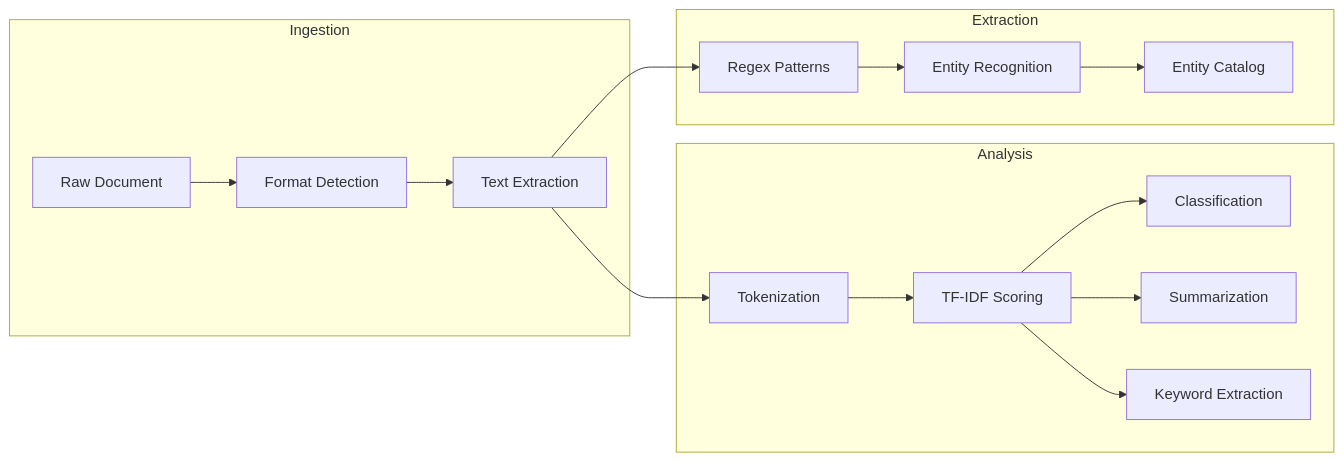
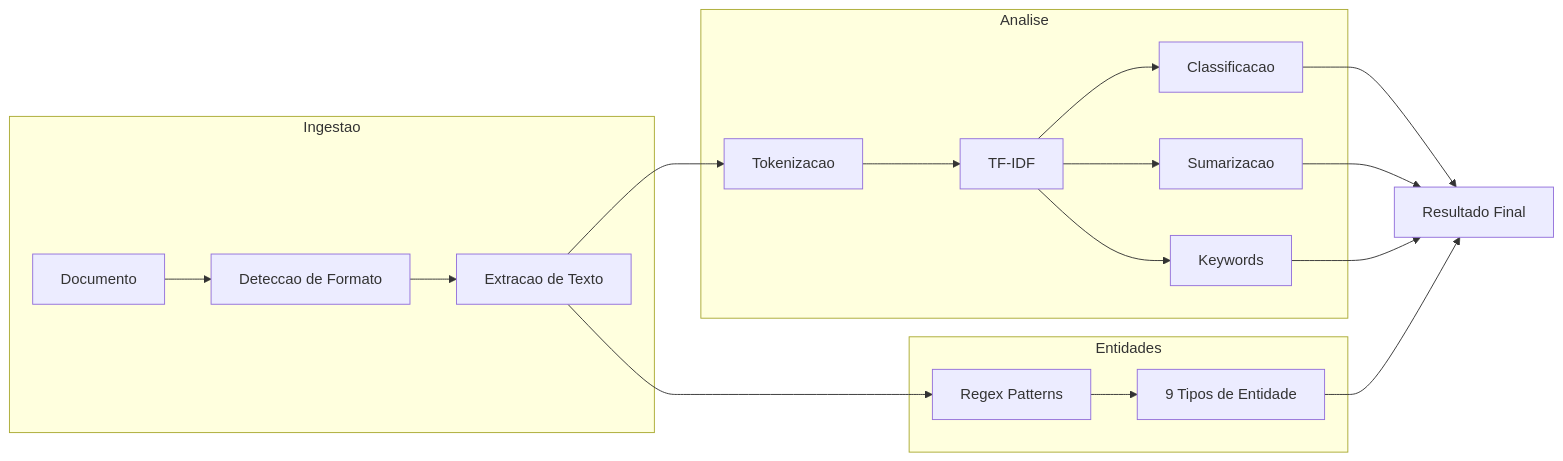
Before and after one commit to galafis/Document-Intelligence-System: the second of 4 diagrams in README.md, drawn with Mermaid. The commit also changed other lines of this file and 2 other files, not shown here.

````diff
--- a/README.md
+++ b/README.md
@@ -48,19 +79,22 @@
 ```mermaid
 flowchart LR
-    subgraph Ingestion
-        A1[Raw Document] --> A2[Format Detection]
-        A2 --> A3[Text Extraction]
+    subgraph Ingestao
+        A[Documento] --> B[Deteccao de Formato]
+        B --> C[Extracao de Texto]
     end
-    subgraph Analysis
-        A3 --> B1[Tokenization]
-        B1 --> B2[TF-IDF Scoring]
-        B2 --> B3[Classification]
-        B2 --> B4[Summarization]
-        B2 --> B5[Keyword Extraction]
+    subgraph Analise
+        C --> D[Tokenizacao]
+        D --> E[TF-IDF]
+        E --> F[Classificacao]
+        E --> G[Sumarizacao]
+        E --> H[Keywords]
     end
-    subgraph Extraction
-        A3 --> C1[Regex Patterns]
-        C1 --> C2[Entity Recognition]
-        C2 --> C3[Entity Catalog]
+    subgraph Entidades
+        C --> I[Regex Patterns]
+        I --> J[9 Tipos de Entidade]
     end
+    F --> K[Resultado Final]
+    G --> K
+    H --> K
+    J --> K
 ```
````
